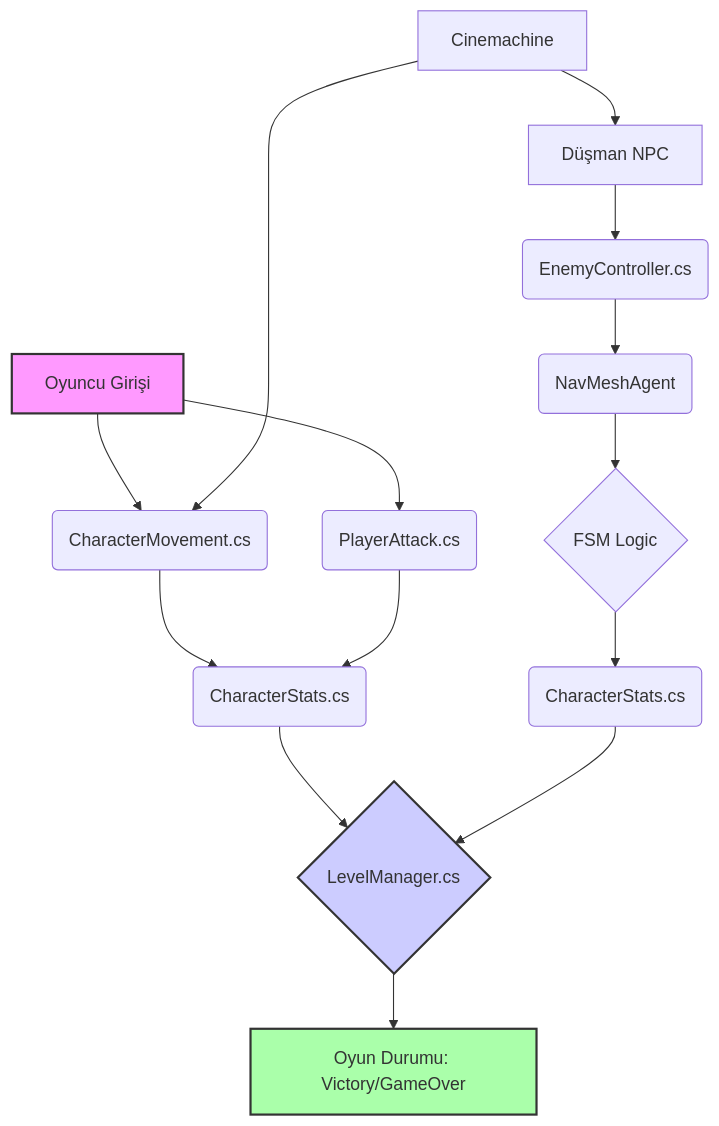
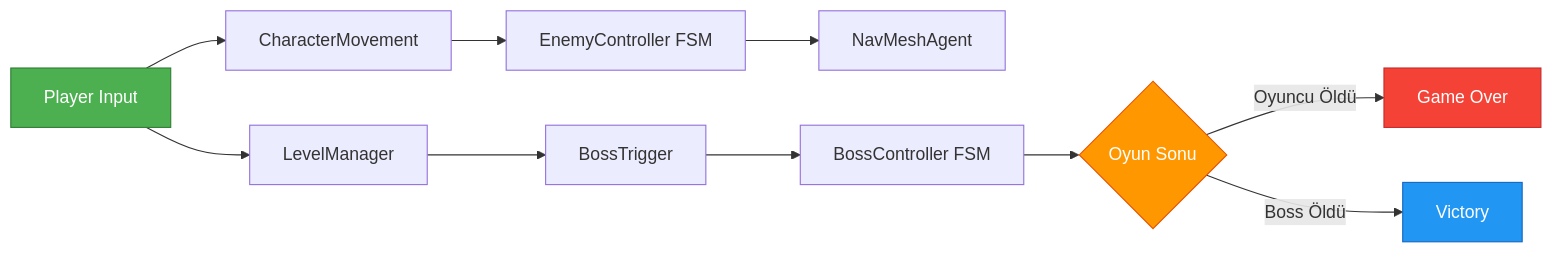
The third of 6 diagrams in README.md (Emad-itbme/TPS-AI-Project), drawn with Mermaid before and after one commit. The commit also changed other lines of this file, not shown here.

````diff
--- a/README.md
+++ b/README.md
@@ -133,20 +504,17 @@
 ```mermaid
-graph TD
-    A[Oyuncu Girişi] --> B(CharacterMovement.cs);
-    A --> C(PlayerAttack.cs);
-    B --> D(CharacterStats.cs);
-    C --> D;
-    D --> E{LevelManager.cs};
-    F[Düşman NPC] --> G(EnemyController.cs);
-    G --> H(NavMeshAgent);
-    H --> I{FSM Logic};
-    I --> J(CharacterStats.cs);
-    J --> E;
-    E --> K[Oyun Durumu: Victory/GameOver];
-    L[Cinemachine] --> B;
-    L --> F;
+graph LR
+    A[Player Input] --> B[CharacterMovement]
+    B --> C[EnemyController FSM]
+    C --> D[NavMeshAgent]
+    A --> E[LevelManager]
+    E --> F[BossTrigger]
+    F --> G[BossController FSM]
+    G --> H{Oyun Sonu}
+    H -->|Oyuncu Öldü| I[Game Over]
+    H -->|Boss Öldü| J[Victory]
     
-    style A fill:#f9f,stroke:#333,stroke-width:2px
-    style E fill:#ccf,stroke:#333,stroke-width:2px
-    style K fill:#afa,stroke:#333,stroke-width:2px
+    style A fill:#4CAF50,stroke:#2E7D32,color:#fff
+    style I fill:#f44336,stroke:#c62828,color:#fff
+    style J fill:#2196F3,stroke:#1565C0,color:#fff
+    style H fill:#FF9800,stroke:#E65100,color:#fff
 ```
````
